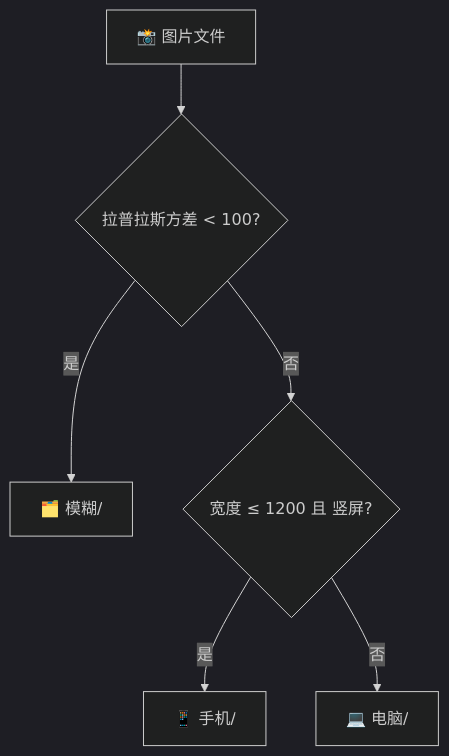
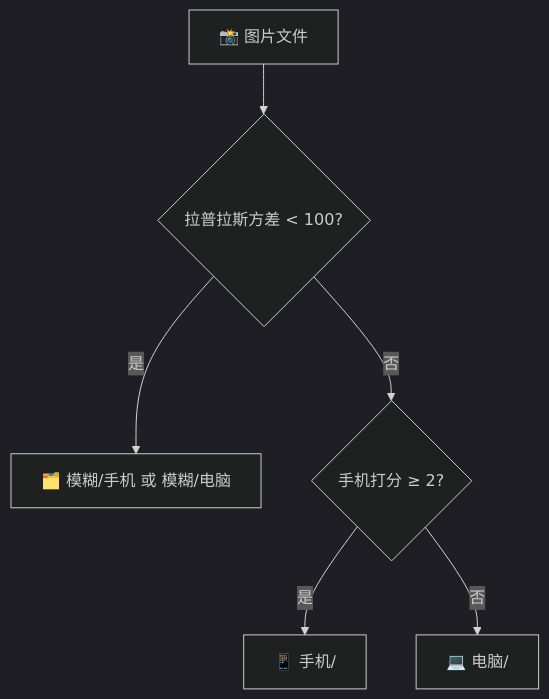
The diagram in README.md (chihirosyd/image-classifier), drawn with Mermaid (dark theme) before and after one commit. The commit also changed other lines of this file and 12 other files, not shown here.

````diff
--- a/README.md
+++ b/README.md
@@ -54,8 +64,8 @@
 ```mermaid
 flowchart TD
     A[📸 图片文件] --> B{拉普拉斯方差 &lt; 100?}
-    B -->|是| C[🗂️ 模糊/]
-    B -->|否| D{宽度 ≤ 1200 且 竖屏?}
+    B -->|是| C[🗂️ 模糊/手机 或 模糊/电脑]
+    B -->|否| D{手机打分 ≥ 2?}
     D -->|是| E[📱 手机/]
     D -->|否| F[💻 电脑/]
 ```
````
